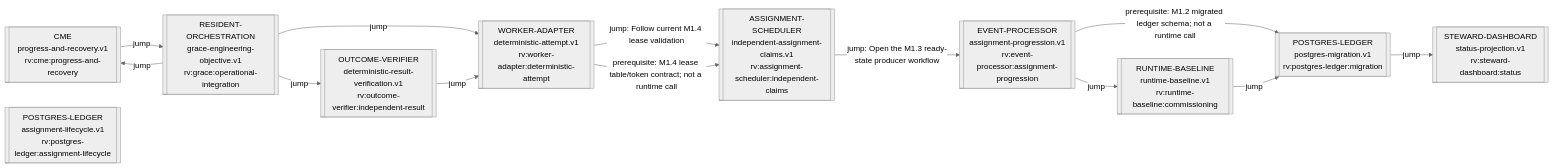
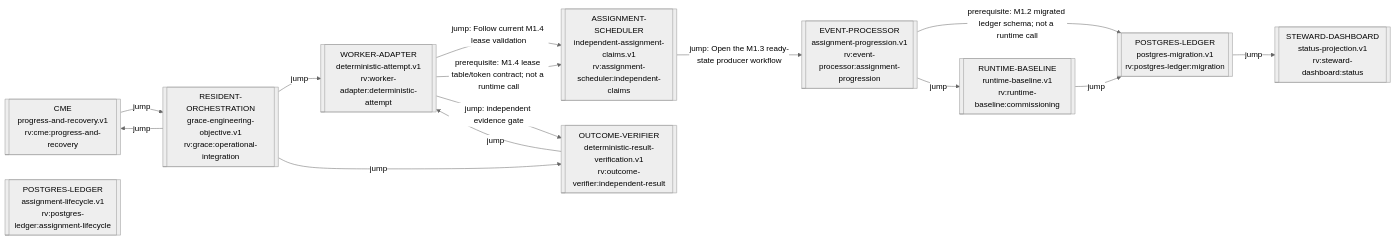
Before and after one commit to ppow1/Riverview-: the diagram in process_graphs/generated/RIVERVIEW_PROCESS_GRAPH.md, drawn with Mermaid (neutral theme). The commit also changed other lines of this file and 55 other files, not shown here.

````diff
--- a/process_graphs/generated/RIVERVIEW_PROCESS_GRAPH.md
+++ b/process_graphs/generated/RIVERVIEW_PROCESS_GRAPH.md
@@ -9,25 +9,26 @@
 ```mermaid
 flowchart LR
   g_rv_assignment_scheduler_independent_claims_88bd80c4[["ASSIGNMENT-SCHEDULER<br/>independent-assignment-claims.v1<br/>rv:assignment-scheduler:independent-claims"]]
   g_rv_cme_progress_and_recovery_402efffa[["CME<br/>progress-and-recovery.v1<br/>rv:cme:progress-and-recovery"]]
   g_rv_event_processor_assignment_progression_fa10db2d[["EVENT-PROCESSOR<br/>assignment-progression.v1<br/>rv:event-processor:assignment-progression"]]
   g_rv_grace_operational_integration_9989f0be[["RESIDENT-ORCHESTRATION<br/>grace-engineering-objective.v1<br/>rv:grace:operational-integration"]]
   g_rv_outcome_verifier_independent_result_1d5c0875[["OUTCOME-VERIFIER<br/>deterministic-result-verification.v1<br/>rv:outcome-verifier:independent-result"]]
   g_rv_postgres_ledger_assignment_lifecycle_a9a01b67[["POSTGRES-LEDGER<br/>assignment-lifecycle.v1<br/>rv:postgres-ledger:assignment-lifecycle"]]
   g_rv_postgres_ledger_migration_4c89ef23[["POSTGRES-LEDGER<br/>postgres-migration.v1<br/>rv:postgres-ledger:migration"]]
   g_rv_runtime_baseline_commissioning_46ff1ccf[["RUNTIME-BASELINE<br/>runtime-baseline.v1<br/>rv:runtime-baseline:commissioning"]]
   g_rv_steward_dashboard_status_75f7c259[["STEWARD-DASHBOARD<br/>status-projection.v1<br/>rv:steward-dashboard:status"]]
   g_rv_worker_adapter_deterministic_attempt_15d59b6f[["WORKER-ADAPTER<br/>deterministic-attempt.v1<br/>rv:worker-adapter:deterministic-attempt"]]
   g_rv_assignment_scheduler_independent_claims_88bd80c4 -->|jump: Open the M1.3 ready-state producer workflow| g_rv_event_processor_assignment_progression_fa10db2d
   g_rv_cme_progress_and_recovery_402efffa -->|jump| g_rv_grace_operational_integration_9989f0be
   g_rv_event_processor_assignment_progression_fa10db2d -->|prerequisite: M1.2 migrated ledger schema; not a runtime call| g_rv_postgres_ledger_migration_4c89ef23
   g_rv_event_processor_assignment_progression_fa10db2d -->|jump| g_rv_runtime_baseline_commissioning_46ff1ccf
   g_rv_grace_operational_integration_9989f0be -->|jump| g_rv_worker_adapter_deterministic_attempt_15d59b6f
   g_rv_grace_operational_integration_9989f0be -->|jump| g_rv_cme_progress_and_recovery_402efffa
   g_rv_grace_operational_integration_9989f0be -->|jump| g_rv_outcome_verifier_independent_result_1d5c0875
   g_rv_outcome_verifier_independent_result_1d5c0875 -->|jump| g_rv_worker_adapter_deterministic_attempt_15d59b6f
   g_rv_postgres_ledger_migration_4c89ef23 -->|jump| g_rv_steward_dashboard_status_75f7c259
   g_rv_runtime_baseline_commissioning_46ff1ccf -->|jump| g_rv_postgres_ledger_migration_4c89ef23
   g_rv_worker_adapter_deterministic_attempt_15d59b6f -->|jump: Follow current M1.4 lease validation| g_rv_assignment_scheduler_independent_claims_88bd80c4
   g_rv_worker_adapter_deterministic_attempt_15d59b6f -->|prerequisite: M1.4 lease table/token contract; not a runtime call| g_rv_assignment_scheduler_independent_claims_88bd80c4
+  g_rv_worker_adapter_deterministic_attempt_15d59b6f -->|jump: independent evidence gate| g_rv_outcome_verifier_independent_result_1d5c0875
 ```
````
